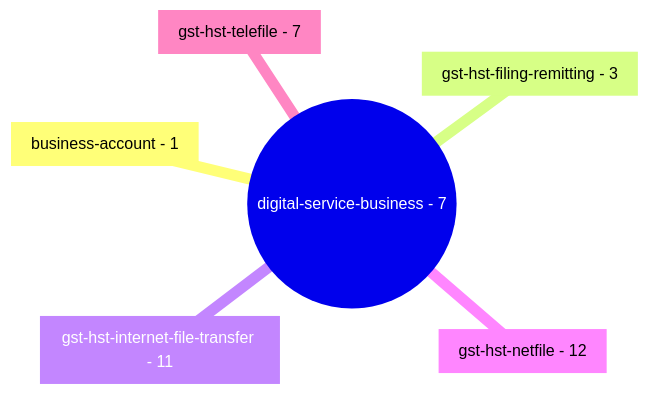
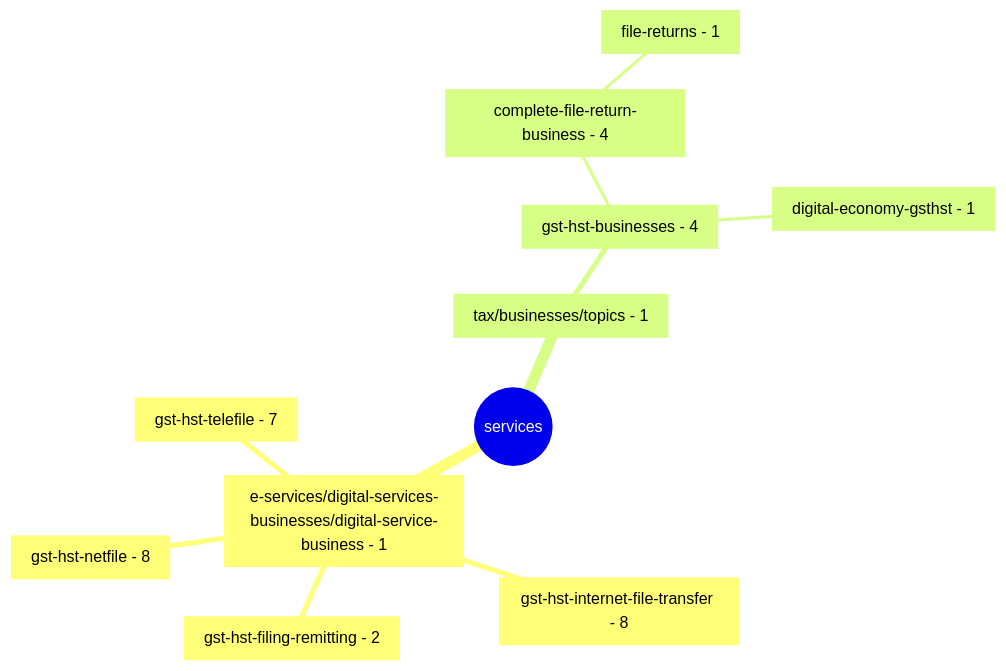
Before and after one commit to cra-proto/gst-hst-business: the second of 2 diagrams in README.md, drawn with Mermaid. The commit also changed other lines of this file, not shown here.

````diff
--- a/README.md
+++ b/README.md
@@ -47,9 +47,14 @@
 ```mermaid
 mindmap
-  root((digital-service-business - 7))
-    [business-account - 1]
-    [gst-hst-filing-remitting  - 3]
-    [gst-hst-internet-file-transfer - 11]
-    [gst-hst-netfile - 12]
-    [gst-hst-telefile - 7]
+  root((services))
+    [e-services/digital-services-businesses/digital-service-business - 1]
+      [gst-hst-filing-remitting - 2]
+      [gst-hst-internet-file-transfer - 8]
+      [gst-hst-netfile - 8]
+      [gst-hst-telefile - 7]
+    [tax/businesses/topics - 1]
+      [gst-hst-businesses - 4]
+        [complete-file-return-business - 4]
+          [file-returns - 1]
+        [digital-economy-gsthst - 1]
 ```
````
